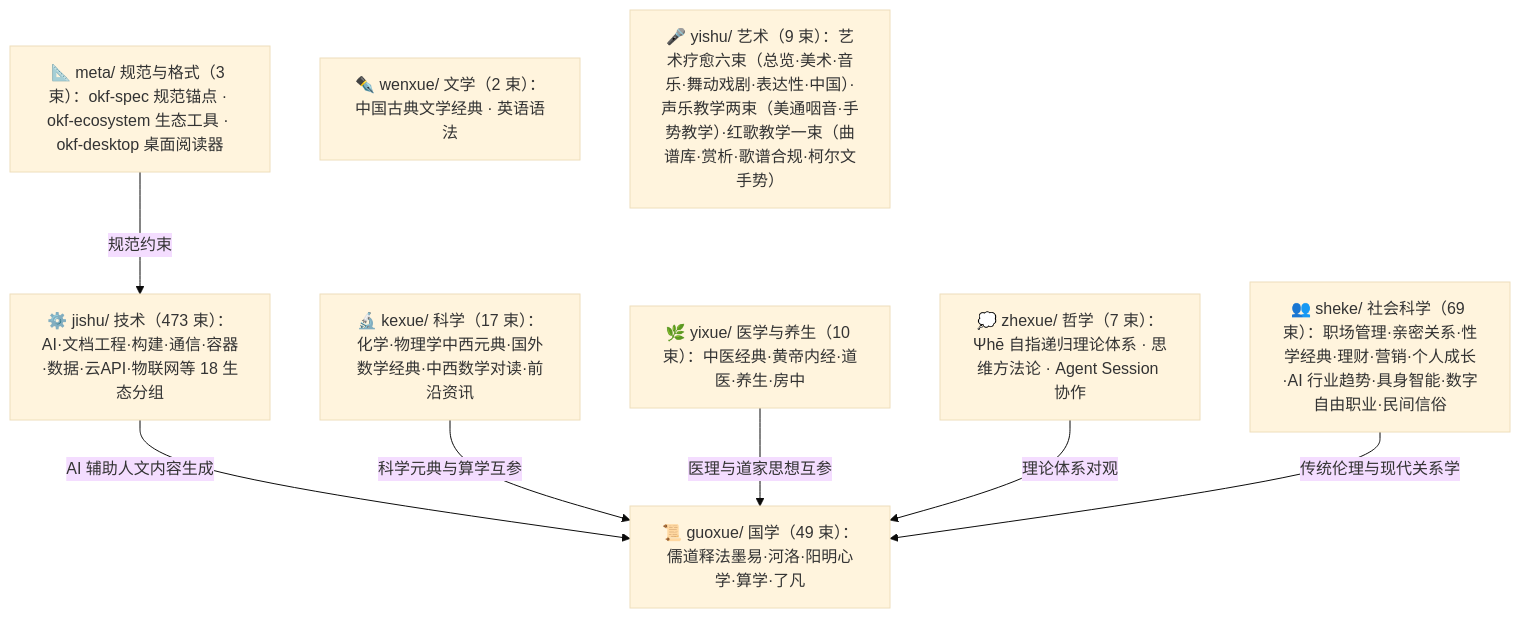
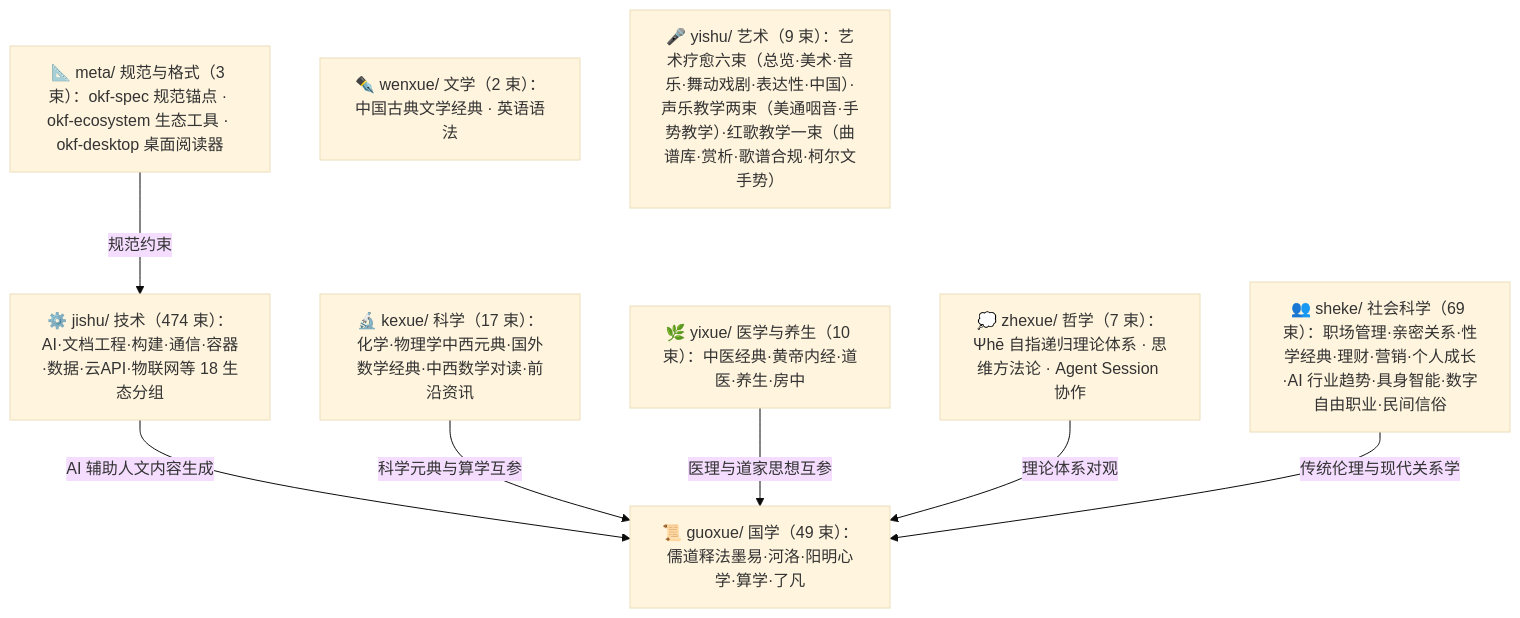
The diagram in doc/bundles/index.md (awesome-flexloop/awesome-okf), drawn with Mermaid (base theme) before and after one commit. The commit also changed other lines of this file and 30 other files, not shown here.

````diff
--- a/doc/bundles/index.md
+++ b/doc/bundles/index.md
@@ -21,18 +21,18 @@
 ```mermaid
 flowchart TD
     meta["📐 meta/ 规范与格式（3 束）：okf-spec 规范锚点 · okf-ecosystem 生态工具 · okf-desktop 桌面阅读器"]
     guoxue["📜 guoxue/ 国学（49 束）：儒道释法墨易·河洛·阳明心学·算学·了凡"]
     zhexue["💭 zhexue/ 哲学（7 束）：Ψhē 自指递归理论体系 · 思维方法论 · Agent Session 协作"]
     kexue["🔬 kexue/ 科学（17 束）：化学·物理学中西元典·国外数学经典·中西数学对读·前沿资讯"]
     wenxue["✒️ wenxue/ 文学（2 束）：中国古典文学经典 · 英语语法"]
     yixue["🌿 yixue/ 医学与养生（10 束）：中医经典·黄帝内经·道医·养生·房中"]
     sheke["👥 sheke/ 社会科学（69 束）：职场管理·亲密关系·性学经典·理财·营销·个人成长·AI 行业趋势·具身智能·数字自由职业·民间信俗"]
     yishu["🎤 yishu/ 艺术（9 束）：艺术疗愈六束（总览·美术·音乐·舞动戏剧·表达性·中国）·声乐教学两束（美通咽音·手势教学）·红歌教学一束（曲谱库·赏析·歌谱合规·柯尔文手势）"]
-    jishu["⚙️ jishu/ 技术（473 束）：AI·文档工程·构建·通信·容器·数据·云API·物联网等 18 生态分组"]
+    jishu["⚙️ jishu/ 技术（474 束）：AI·文档工程·构建·通信·容器·数据·云API·物联网等 18 生态分组"]
     meta -->|"规范约束"| jishu
     jishu -->|"AI 辅助人文内容生成"| guoxue
     kexue -->|"科学元典与算学互参"| guoxue
     yixue -->|"医理与道家思想互参"| guoxue
     zhexue -->|"理论体系对观"| guoxue
     sheke -->|"传统伦理与现代关系学"| guoxue
 ```
````
